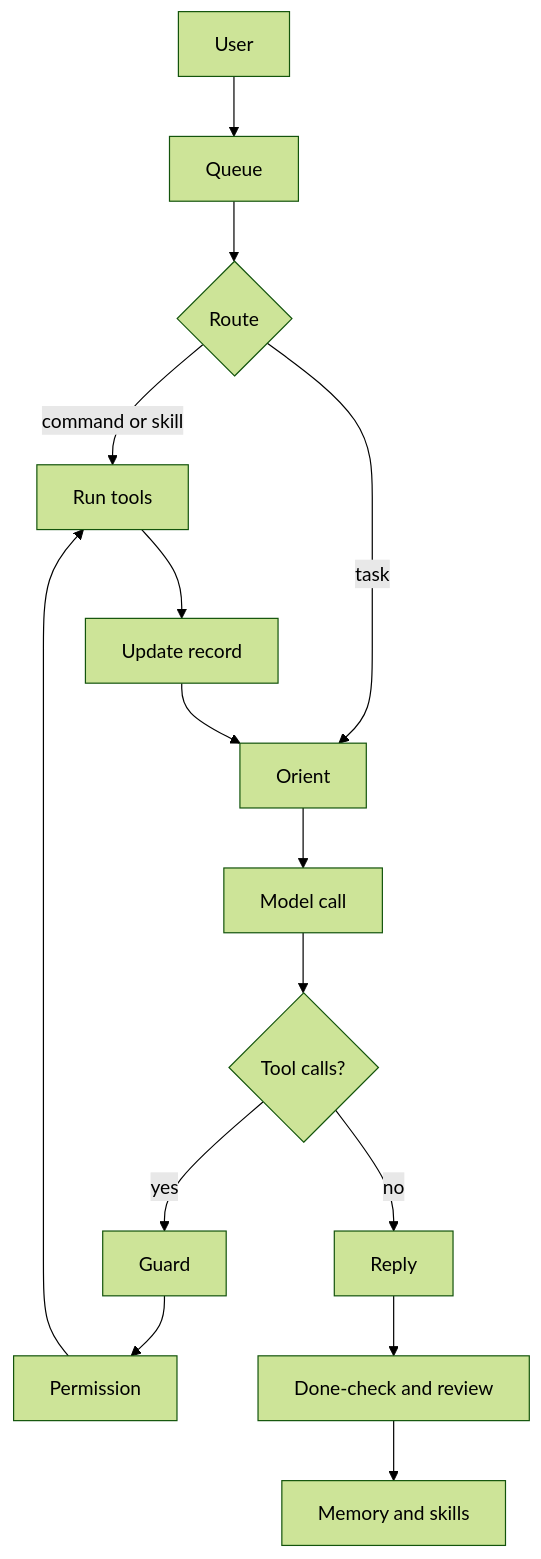
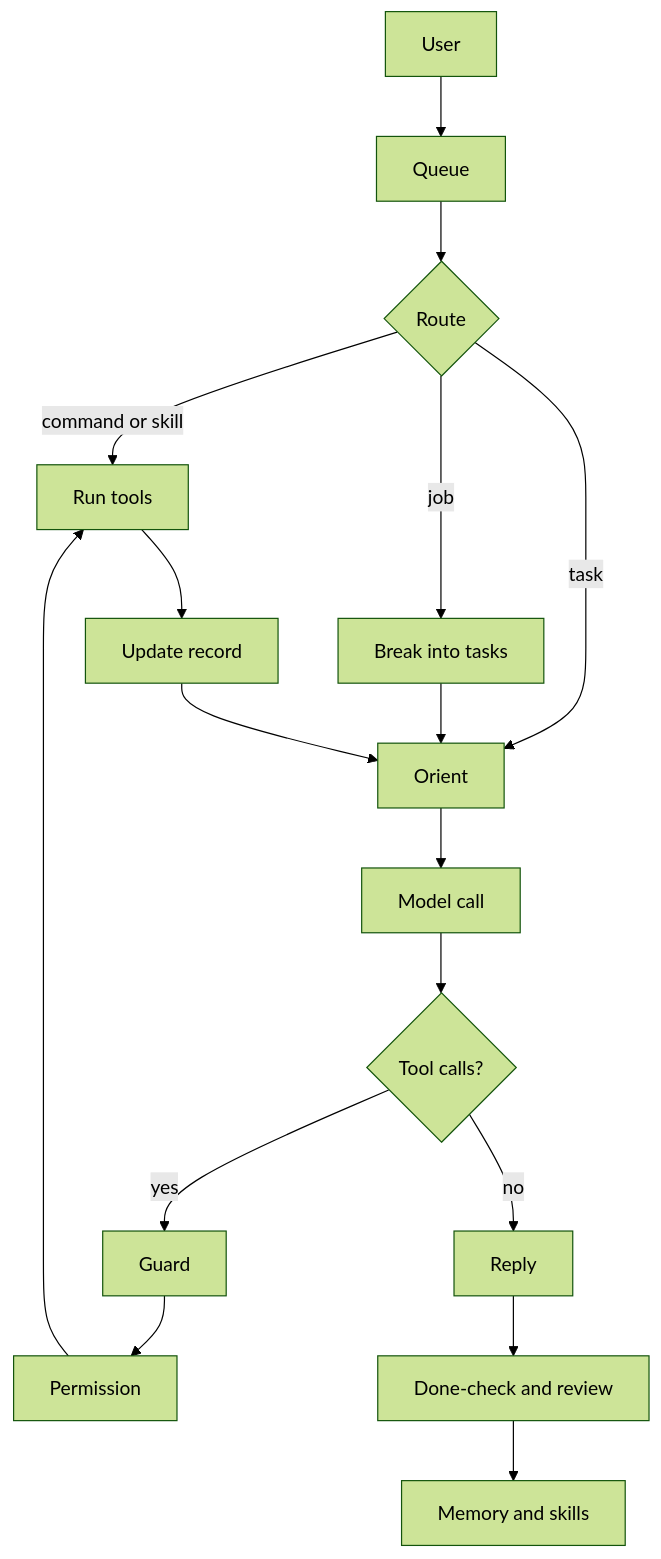
One commit to JaredTate/nerdgenie changed the second of 4 diagrams in docs/COEUS_PLAN.md. Above: the diagram before and after it, drawn with Mermaid (forest theme). The commit also changed other lines of this file and 8 other files, not shown here.

````diff
--- a/docs/COEUS_PLAN.md
+++ b/docs/COEUS_PLAN.md
@@ -63,17 +63,19 @@
 ```mermaid
 flowchart TD
   U["User"] --> Q["Queue"]
   Q --> R{"Route"}
   R -->|"command or skill"| X["Run tools"]
   R -->|"task"| O["Orient"]
+  R -->|"job"| J["Break into tasks"]
+  J --> O
   O --> M["Model call"]
   M --> K{"Tool calls?"}
   K -->|"yes"| G["Guard"]
   G --> P["Permission"]
   P --> X
   X --> S["Update record"]
   S --> O
   K -->|"no"| F["Reply"]
   F --> A["Done-check and review"]
   A --> ME["Memory and skills"]
 ```
````
